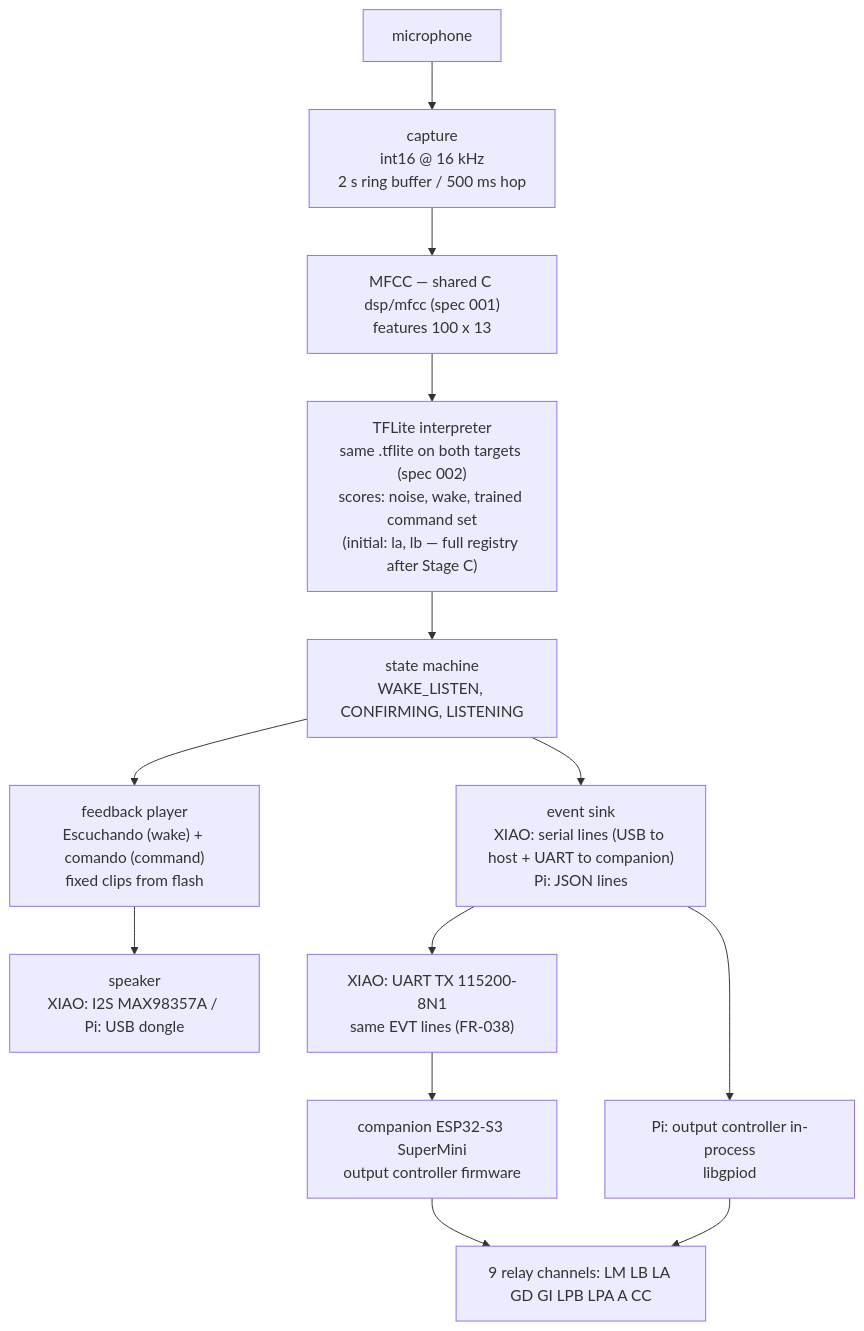
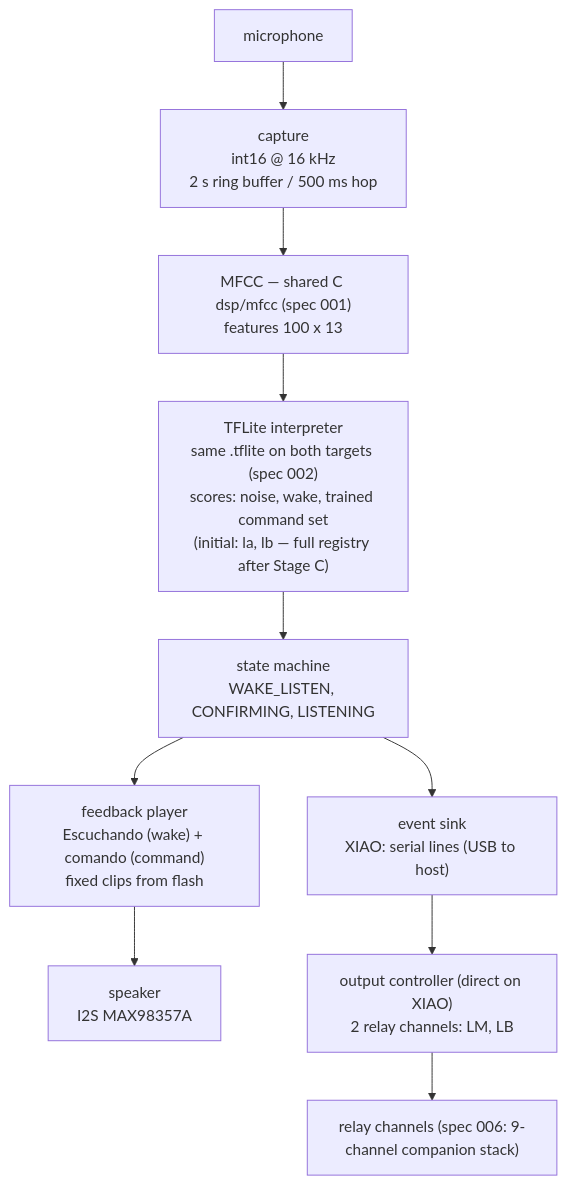
One commit to franzemil/ultron changed the first of 2 diagrams in .ai/sdd/specs/003-can-act/design.md. Above: the diagram before and after it, drawn with Mermaid. The commit also changed other lines of this file and 11 other files, not shown here.

First line of the commit message:
spec(003): XIAO-only scope; Pi moved to final phase (005); companion stack stubbed (006)

````diff
--- a/.ai/sdd/specs/003-can-act/design.md
+++ b/.ai/sdd/specs/003-can-act/design.md
@@ -33,15 +31,12 @@
 ```mermaid
 flowchart TB
     MIC["microphone"] --> CAP["capture<br/>int16 @ 16 kHz<br/>2 s ring buffer / 500 ms hop"]
     CAP --> DSP["MFCC — shared C dsp/mfcc (spec 001)<br/>features 100 x 13"]
     DSP --> TFL["TFLite interpreter<br/>same .tflite on both targets (spec 002)<br/>scores: noise, wake, trained command set<br/>(initial: la, lb — full registry after Stage C)"]
     TFL --> SM["state machine<br/>WAKE_LISTEN, CONFIRMING, LISTENING"]
-    SM --> EVT["event sink<br/>XIAO: serial lines (USB to host + UART to companion)<br/>Pi: JSON lines"]
+    SM --> EVT["event sink<br/>XIAO: serial lines (USB to host)"]
     SM --> FB["feedback player<br/>Escuchando (wake) + comando (command)<br/>fixed clips from flash"]
-    FB --> SPK["speaker<br/>XIAO: I2S MAX98357A / Pi: USB dongle"]
-    EVT --> UART["XIAO: UART TX 115200-8N1<br/>same EVT lines (FR-038)"]
-    UART --> COMP["companion ESP32-S3 SuperMini<br/>output controller firmware"]
-    COMP --> REL["9 relay channels: LM LB LA GD GI LPB LPA A CC"]
-    EVT --> PIOC["Pi: output controller in-process<br/>libgpiod"]
-    PIOC --> REL
+    FB --> SPK["speaker<br/>I2S MAX98357A"]
+    EVT --> OC["output controller (direct on XIAO)<br/>2 relay channels: LM, LB"]
+    OC --> CAR["relay channels (spec 006: 9-channel companion stack)"]
 ```
````
